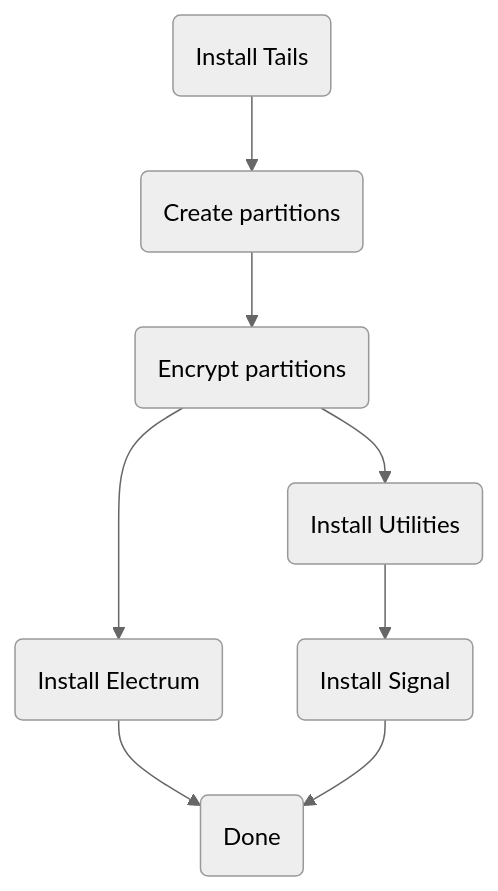
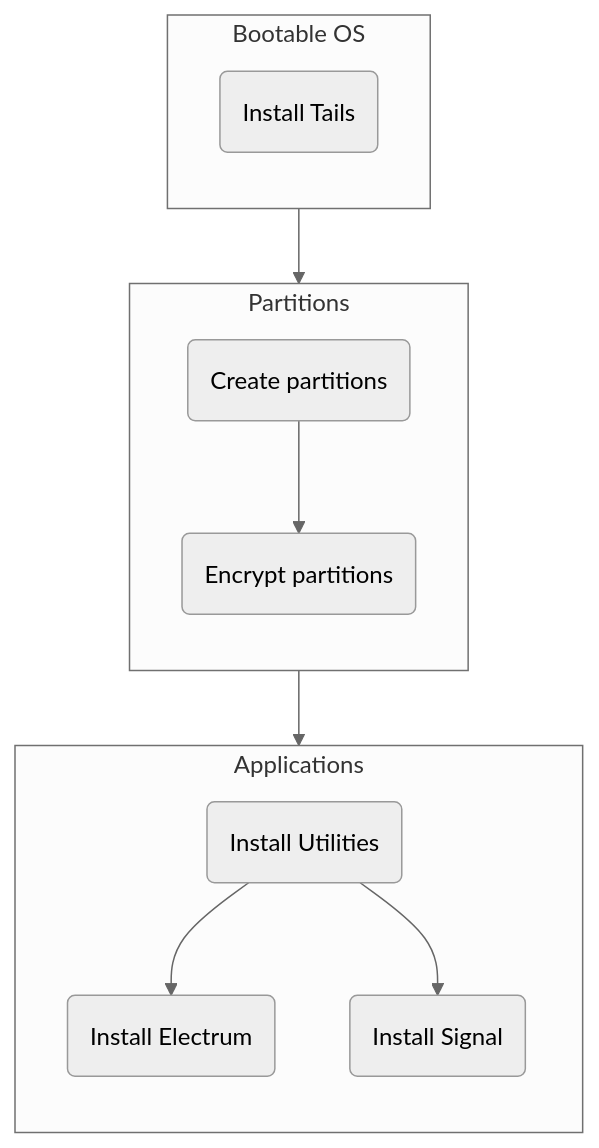
The diagram in guide/install.md (dutu/b-tails), drawn with Mermaid (neutral theme) before and after one commit. The commit also changed 5 other files, not shown here.

````diff
--- a/guide/install.md
+++ b/guide/install.md
@@ -13,10 +13,18 @@
 ```mermaid
-graph TB;
-  B(Install Tails)-->C(Create partitions);
-  C(Create partitions)-->D(Encrypt partitions);
-  D(Encrypt partitions)-->F(Install Electrum);
-  D(Encrypt partitions)-->G(Install Utilities);
-  G(Install Utilities)-->H(Install Signal);
-  F(Install Electrum)-->Z(Done);
-  H(Install Signal)-->Z(Done);
+flowchart TB
+subgraph tails [Bootable OS]
+  direction TB
+  A(Install Tails)
+end
+subgraph partitions [Partitions]
+  direction TB
+  B(Create partitions)-->C(Encrypt partitions)
+end
+subgraph apps [Applications]
+  direction TB
+  D(Install Utilities)-->E(Install Electrum) 
+  D(Install Utilities)-->F(Install Signal)
+end
+tails-->partitions
+partitions-->apps
 ```
````
